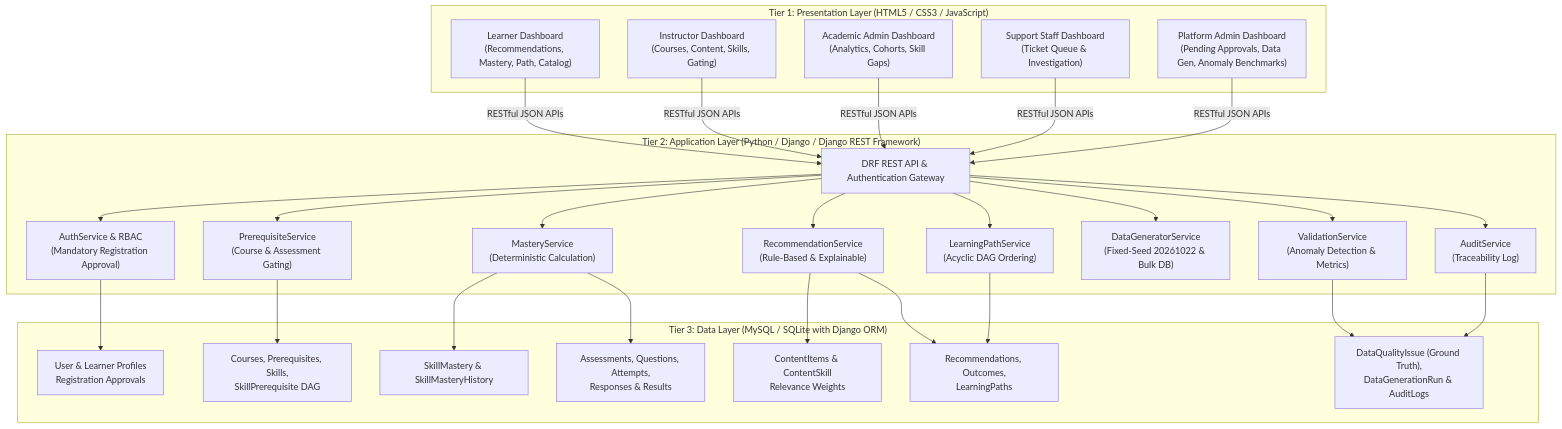
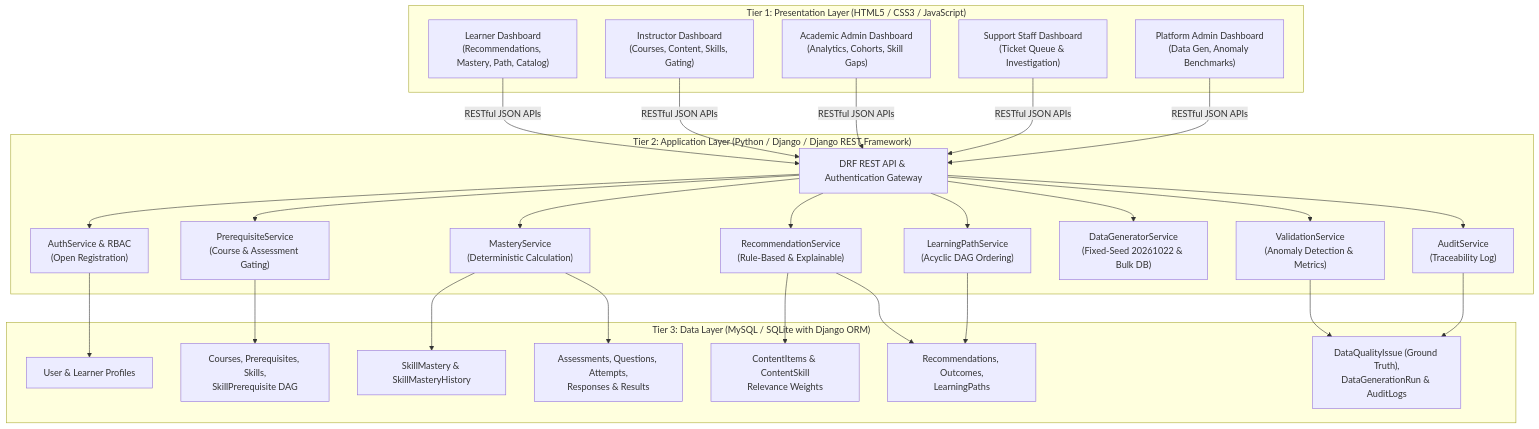
The diagram in docs/SYSTEM_ARCHITECTURE.md (shanthipriyajana-web/Personalized-Learning-Recommendation-System), drawn with Mermaid before and after one commit. The commit also changed other lines of this file and 34 other files, not shown here.

````diff
--- a/docs/SYSTEM_ARCHITECTURE.md
+++ b/docs/SYSTEM_ARCHITECTURE.md
@@ -8,57 +8,57 @@
 ```mermaid
 flowchart TD
     subgraph Tier1["Tier 1: Presentation Layer (HTML5 / CSS3 / JavaScript)"]
         UI_Learner["Learner Dashboard\n(Recommendations, Mastery, Path, Catalog)"]
         UI_Instructor["Instructor Dashboard\n(Courses, Content, Skills, Gating)"]
         UI_Academic["Academic Admin Dashboard\n(Analytics, Cohorts, Skill Gaps)"]
         UI_Support["Support Staff Dashboard\n(Ticket Queue & Investigation)"]
-        UI_Admin["Platform Admin Dashboard\n(Pending Approvals, Data Gen, Anomaly Benchmarks)"]
+        UI_Admin["Platform Admin Dashboard\n(Data Gen, Anomaly Benchmarks)"]
     end
 
     subgraph Tier2["Tier 2: Application Layer (Python / Django / Django REST Framework)"]
         API_Gateway["DRF REST API & Authentication Gateway"]
-        Auth_Service["AuthService & RBAC\n(Mandatory Registration Approval)"]
+        Auth_Service["AuthService & RBAC\n(Open Registration)"]
         Prereq_Service["PrerequisiteService\n(Course & Assessment Gating)"]
         Mastery_Service["MasteryService\n(Deterministic Calculation)"]
         Rec_Engine["RecommendationService\n(Rule-Based & Explainable)"]
         Path_Service["LearningPathService\n(Acyclic DAG Ordering)"]
         Data_Gen["DataGeneratorService\n(Fixed-Seed 20261022 & Bulk DB)"]
         Validation_Service["ValidationService\n(Anomaly Detection & Metrics)"]
         Audit_Service["AuditService\n(Traceability Log)"]
     end
 
     subgraph Tier3["Tier 3: Data Layer (MySQL / SQLite with Django ORM)"]
-        DB_Users["User & Learner Profiles\nRegistration Approvals"]
+        DB_Users["User & Learner Profiles"]
         DB_Curriculum["Courses, Prerequisites, Skills,\nSkillPrerequisite DAG"]
         DB_Content["ContentItems & ContentSkill\nRelevance Weights"]
         DB_Assessments["Assessments, Questions, Attempts,\nResponses & Results"]
         DB_Mastery["SkillMastery & SkillMasteryHistory"]
         DB_Recs["Recommendations, Outcomes,\nLearningPaths"]
         DB_Quality["DataQualityIssue (Ground Truth),\nDataGenerationRun & AuditLogs"]
     end
 
     UI_Learner -->|RESTful JSON APIs| API_Gateway
     UI_Instructor -->|RESTful JSON APIs| API_Gateway
     UI_Academic -->|RESTful JSON APIs| API_Gateway
     UI_Support -->|RESTful JSON APIs| API_Gateway
     UI_Admin -->|RESTful JSON APIs| API_Gateway
 
     API_Gateway --> Auth_Service
     API_Gateway --> Prereq_Service
     API_Gateway --> Mastery_Service
     API_Gateway --> Rec_Engine
     API_Gateway --> Path_Service
     API_Gateway --> Data_Gen
     API_Gateway --> Validation_Service
     API_Gateway --> Audit_Service
 
     Auth_Service --> DB_Users
     Prereq_Service --> DB_Curriculum
     Mastery_Service --> DB_Mastery
     Mastery_Service --> DB_Assessments
     Rec_Engine --> DB_Content
     Rec_Engine --> DB_Recs
     Path_Service --> DB_Recs
     Validation_Service --> DB_Quality
     Audit_Service --> DB_Quality
 ```
````
